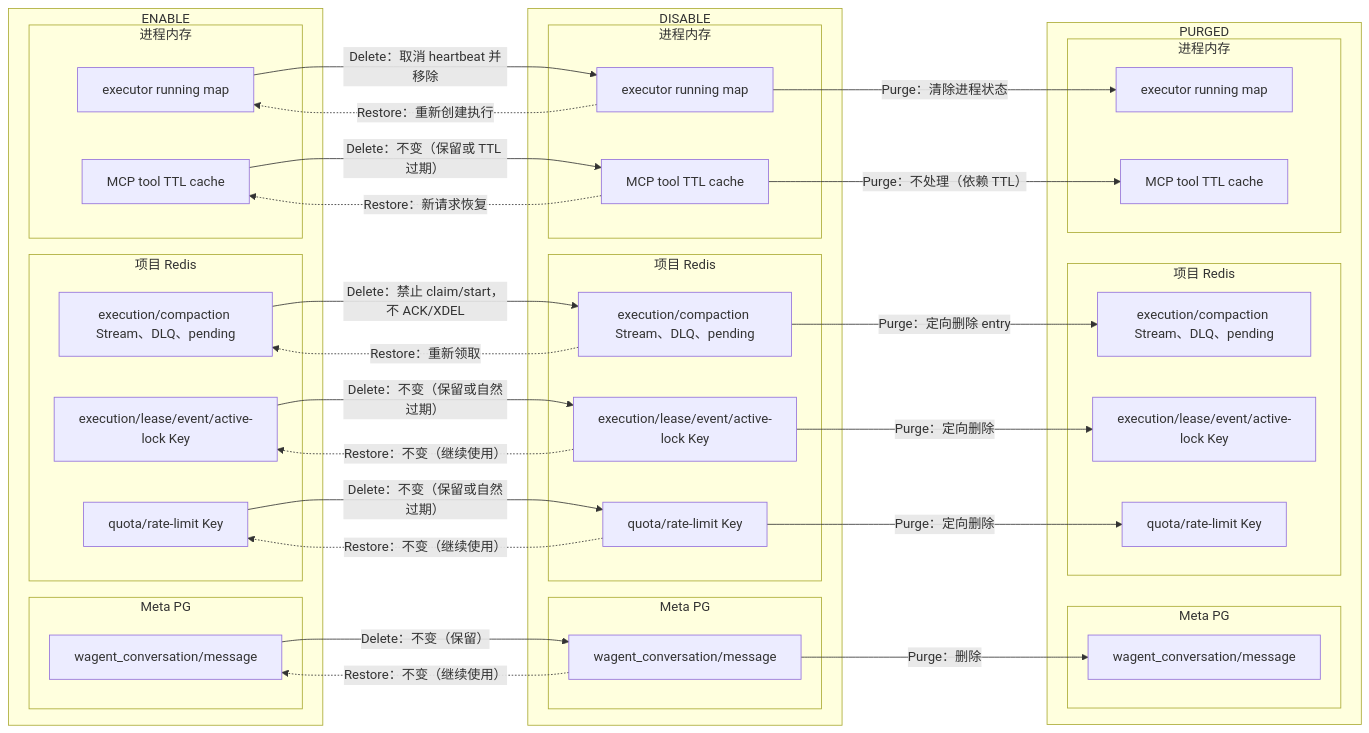
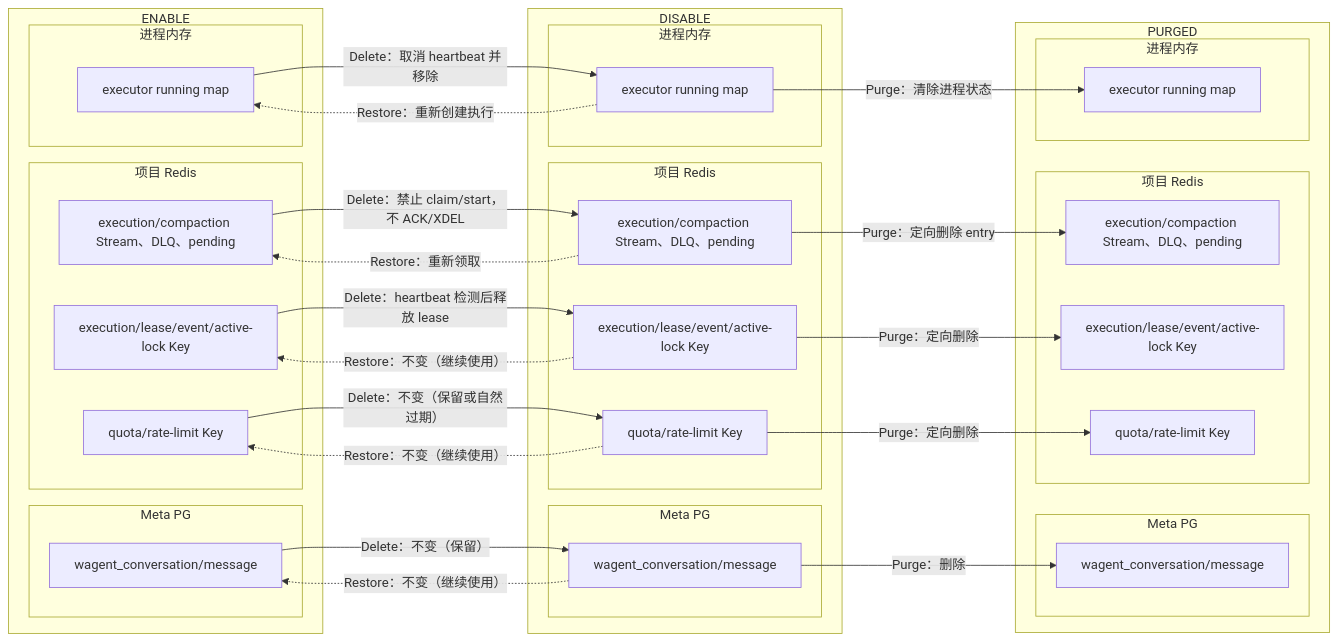
One commit to qinwenshiCH/workflow changed the tenth of 20 diagrams in specs/20260716-Wave-Refac-OrganizationProjectLifecycle/04-detail.md. Above: the diagram before and after it, drawn with Mermaid. The commit also changed other lines of this file and 4 other files, not shown here.

````diff
--- a/specs/20260716-Wave-Refac-OrganizationProjectLifecycle/04-detail.md
+++ b/specs/20260716-Wave-Refac-OrganizationProjectLifecycle/04-detail.md
@@ -712,66 +664,60 @@
 ```mermaid
 flowchart LR
     subgraph enable["ENABLE"]
         subgraph e_meta["Meta PG"]
             EMsg["wagent_conversation/message"]
         end
         subgraph e_redis["项目 Redis"]
             EStream["execution/compaction Stream、DLQ、pending"]
             ELease["execution/lease/event/active-lock Key"]
             EQuota["quota/rate-limit Key"]
         end
         subgraph e_memory["进程内存"]
             ERunning["executor running map"]
-            ETool["MCP tool TTL cache"]
         end
     end
 
     subgraph disable["DISABLE"]
         subgraph d_meta["Meta PG"]
             DMsg["wagent_conversation/message"]
         end
         subgraph d_redis["项目 Redis"]
             DStream["execution/compaction Stream、DLQ、pending"]
             DLease["execution/lease/event/active-lock Key"]
             DQuota["quota/rate-limit Key"]
         end
         subgraph d_memory["进程内存"]
             DRunning["executor running map"]
-            DTool["MCP tool TTL cache"]
         end
     end
 
     subgraph purged["PURGED"]
         subgraph p_meta["Meta PG"]
             PMsg["wagent_conversation/message"]
         end
         subgraph p_redis["项目 Redis"]
             PStream["execution/compaction Stream、DLQ、pending"]
             PLease["execution/lease/event/active-lock Key"]
             PQuota["quota/rate-limit Key"]
         end
         subgraph p_memory["进程内存"]
             PRunning["executor running map"]
-            PTool["MCP tool TTL cache"]
         end
     end
 
     EMsg -->|Delete：不变（保留）| DMsg
     EStream -->|Delete：禁止 claim/start，不 ACK/XDEL| DStream
-    ELease -->|Delete：不变（保留或自然过期）| DLease
+    ELease -->|Delete：heartbeat 检测后释放 lease| DLease
     EQuota -->|Delete：不变（保留或自然过期）| DQuota
     ERunning -->|Delete：取消 heartbeat 并移除| DRunning
-    ETool -->|Delete：不变（保留或 TTL 过期）| DTool
     DMsg -.->|Restore：不变（继续使用）| EMsg
     DStream -.->|Restore：重新领取| EStream
     DLease -.->|Restore：不变（继续使用）| ELease
     DQuota -.->|Restore：不变（继续使用）| EQuota
     DRunning -.->|Restore：重新创建执行| ERunning
-    DTool -.->|Restore：新请求恢复| ETool
     DMsg -->|Purge：删除| PMsg
     DStream -->|Purge：定向删除 entry| PStream
     DLease -->|Purge：定向删除| PLease
     DQuota -->|Purge：定向删除| PQuota
     DRunning -->|Purge：清除进程状态| PRunning
-    DTool -->|Purge：不处理（依赖 TTL）| PTool
 ```
````
